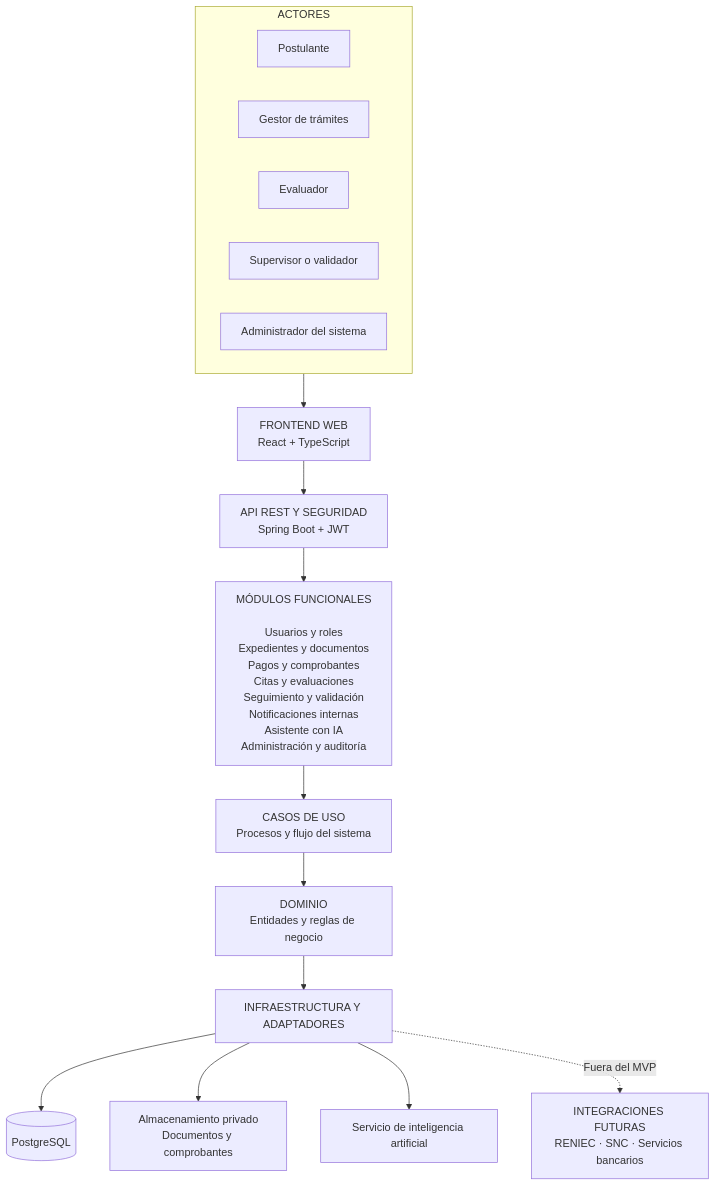
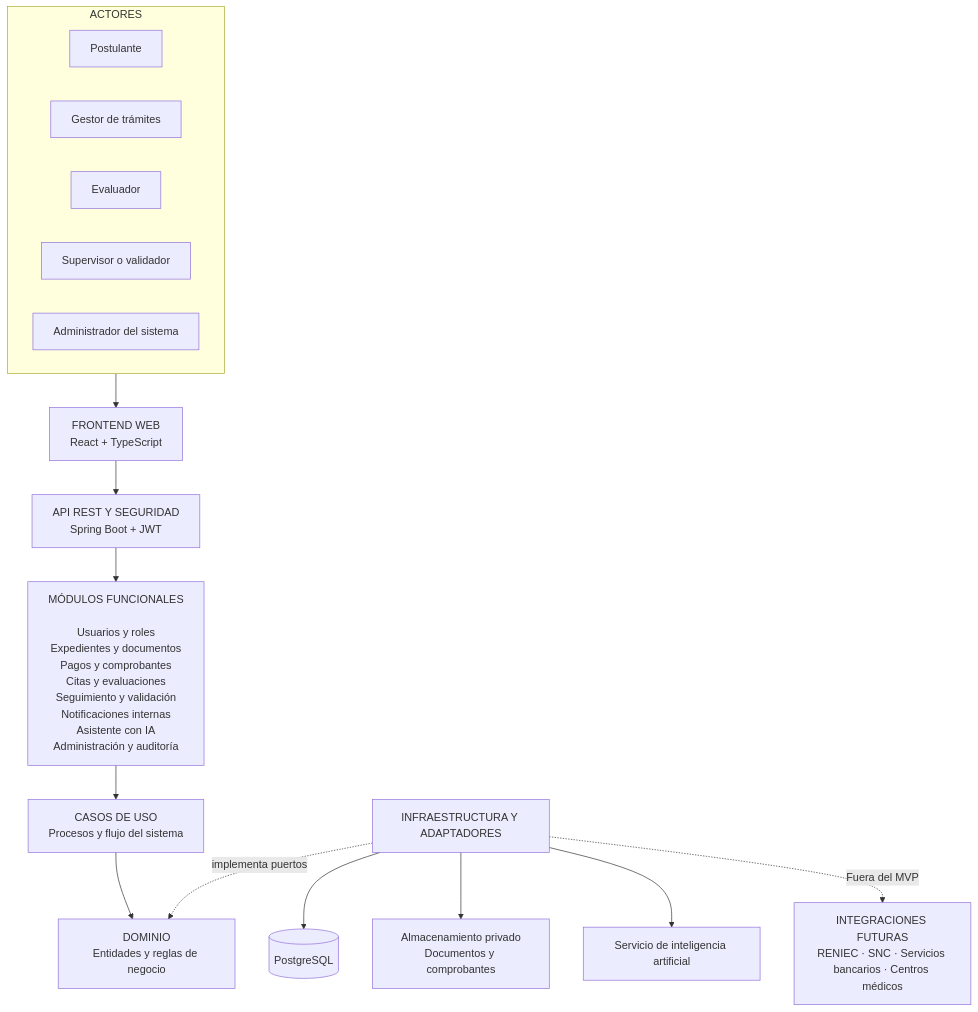
One commit to AdirNC-27/sistema-licencias-conducir-arquitectura changed the diagram in arquitectura/arquitectura-inicial.md. Above: the diagram before and after it, drawn with Mermaid. The commit also changed other lines of this file and 7 other files, not shown here.

````diff
--- a/arquitectura/arquitectura-inicial.md
+++ b/arquitectura/arquitectura-inicial.md
@@ -7,42 +7,42 @@
 ```mermaid
 flowchart TB
     subgraph ACTORES["ACTORES"]
         A1["Postulante"]
         A2["Gestor de trámites"]
         A3["Evaluador"]
         A4["Supervisor o validador"]
         A5["Administrador del sistema"]
     end
 
     ACTORES --> FRONTEND
 
     FRONTEND["FRONTEND WEB<br/>React + TypeScript"]
 
     FRONTEND --> API
 
     API["API REST Y SEGURIDAD<br/>Spring Boot + JWT"]
 
     API --> MODULOS
 
     MODULOS["MÓDULOS FUNCIONALES<br/><br/>Usuarios y roles<br/>Expedientes y documentos<br/>Pagos y comprobantes<br/>Citas y evaluaciones<br/>Seguimiento y validación<br/>Notificaciones internas<br/>Asistente con IA<br/>Administración y auditoría"]
 
     MODULOS --> CASOS
 
     CASOS["CASOS DE USO<br/>Procesos y flujo del sistema"]
 
     CASOS --> DOMINIO
 
     DOMINIO["DOMINIO<br/>Entidades y reglas de negocio"]
 
-    DOMINIO --> INFRA
+    INFRA["INFRAESTRUCTURA Y ADAPTADORES"]
 
-    INFRA["INFRAESTRUCTURA Y ADAPTADORES"]
+    INFRA -. "implementa puertos" .-> DOMINIO
 
     INFRA --> DB[("PostgreSQL")]
     INFRA --> ARCHIVOS["Almacenamiento privado<br/>Documentos y comprobantes"]
     INFRA --> IA["Servicio de inteligencia artificial"]
 
-    FUTURO["INTEGRACIONES FUTURAS<br/>RENIEC · SNC · Servicios bancarios"]
+    FUTURO["INTEGRACIONES FUTURAS<br/>RENIEC · SNC · Servicios bancarios · Centros médicos"]
 
     INFRA -. "Fuera del MVP" .-> FUTURO
 ```
````
